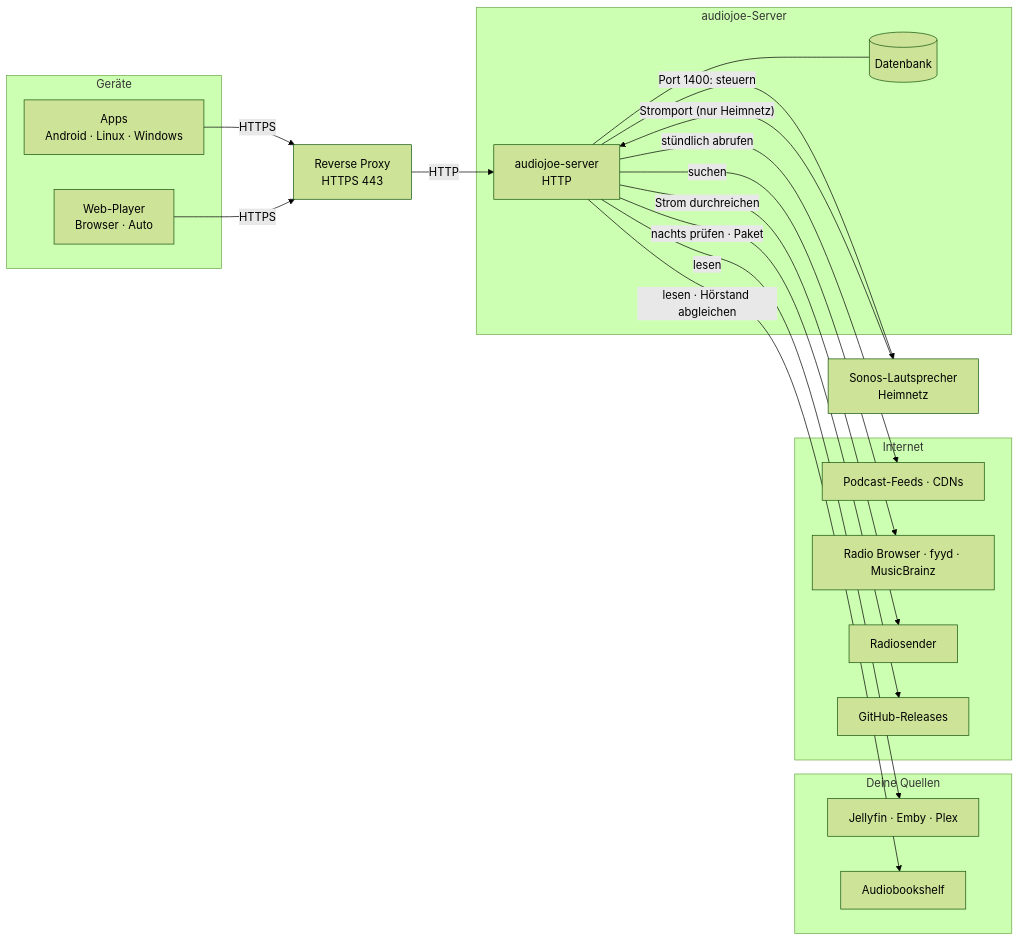
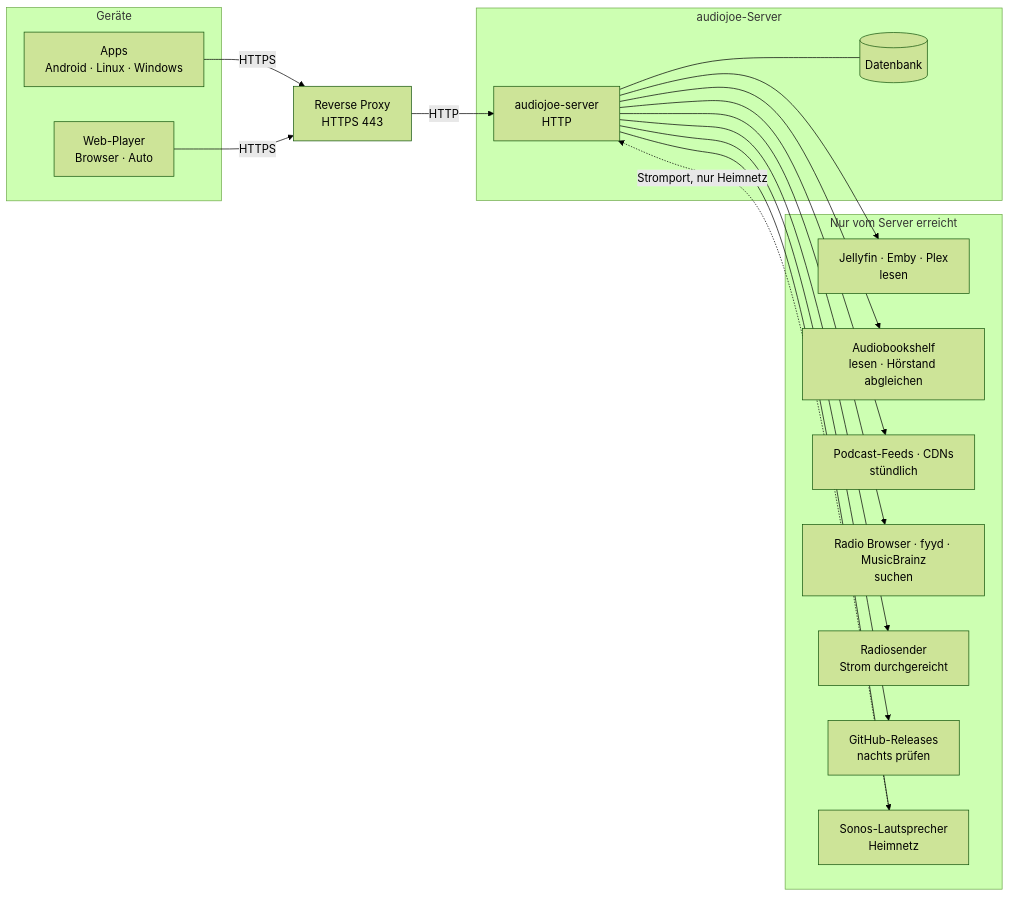
Before and after one commit to joeMJ/audiojoe: the first of 2 diagrams in docs/ARCHITEKTUR.md, drawn with Mermaid (forest theme). The commit also changed 1 other file, not shown here.

Commit message:
Doku: Netzschema übersichtlicher (Beschriftungen in den Kästen), im Browser mit mermaid 11 geprüft

````diff
--- a/docs/ARCHITEKTUR.md
+++ b/docs/ARCHITEKTUR.md
@@ -12,36 +12,28 @@
 ```mermaid
 flowchart LR
   subgraph devices["Geräte"]
     app["Apps<br/>Android · Linux · Windows"]
     web["Web-Player<br/>Browser · Auto"]
   end
   proxy["Reverse Proxy<br/>HTTPS 443"]
   subgraph server["audiojoe-Server"]
     api["audiojoe-server<br/>HTTP"]
     db[("Datenbank")]
   end
-  subgraph sources["Deine Quellen"]
-    media["Jellyfin · Emby · Plex"]
-    abs["Audiobookshelf"]
+  subgraph outside["Nur vom Server erreicht"]
+    media["Jellyfin · Emby · Plex<br/>lesen"]
+    abs["Audiobookshelf<br/>lesen · Hörstand abgleichen"]
+    feeds["Podcast-Feeds · CDNs<br/>stündlich"]
+    dirs["Radio Browser · fyyd · MusicBrainz<br/>suchen"]
+    stations["Radiosender<br/>Strom durchgereicht"]
+    gh["GitHub-Releases<br/>nachts prüfen"]
+    sonos["Sonos-Lautsprecher<br/>Heimnetz"]
   end
-  subgraph internet["Internet"]
-    feeds["Podcast-Feeds · CDNs"]
-    dirs["Radio Browser · fyyd · MusicBrainz"]
-    stations["Radiosender"]
-    gh["GitHub-Releases"]
-  end
-  sonos["Sonos-Lautsprecher<br/>Heimnetz"]
 
-  app -- "HTTPS" --> proxy
-  web -- "HTTPS" --> proxy
-  proxy -- "HTTP" --> api
+  app -->|HTTPS| proxy
+  web -->|HTTPS| proxy
+  proxy -->|HTTP| api
   api --- db
-  api -- "lesen" --> media
-  api -- "lesen · Hörstand abgleichen" --> abs
-  api -- "stündlich abrufen" --> feeds
-  api -- "suchen" --> dirs
-  api -- "Strom durchreichen" --> stations
-  api -- "nachts prüfen · Paket" --> gh
-  api -- "Port 1400: steuern" --> sonos
-  sonos -- "Stromport (nur Heimnetz)" --> api
+  api --> media & abs & feeds & dirs & stations & gh & sonos
+  sonos -.->|"Stromport, nur Heimnetz"| api
 ```
````
